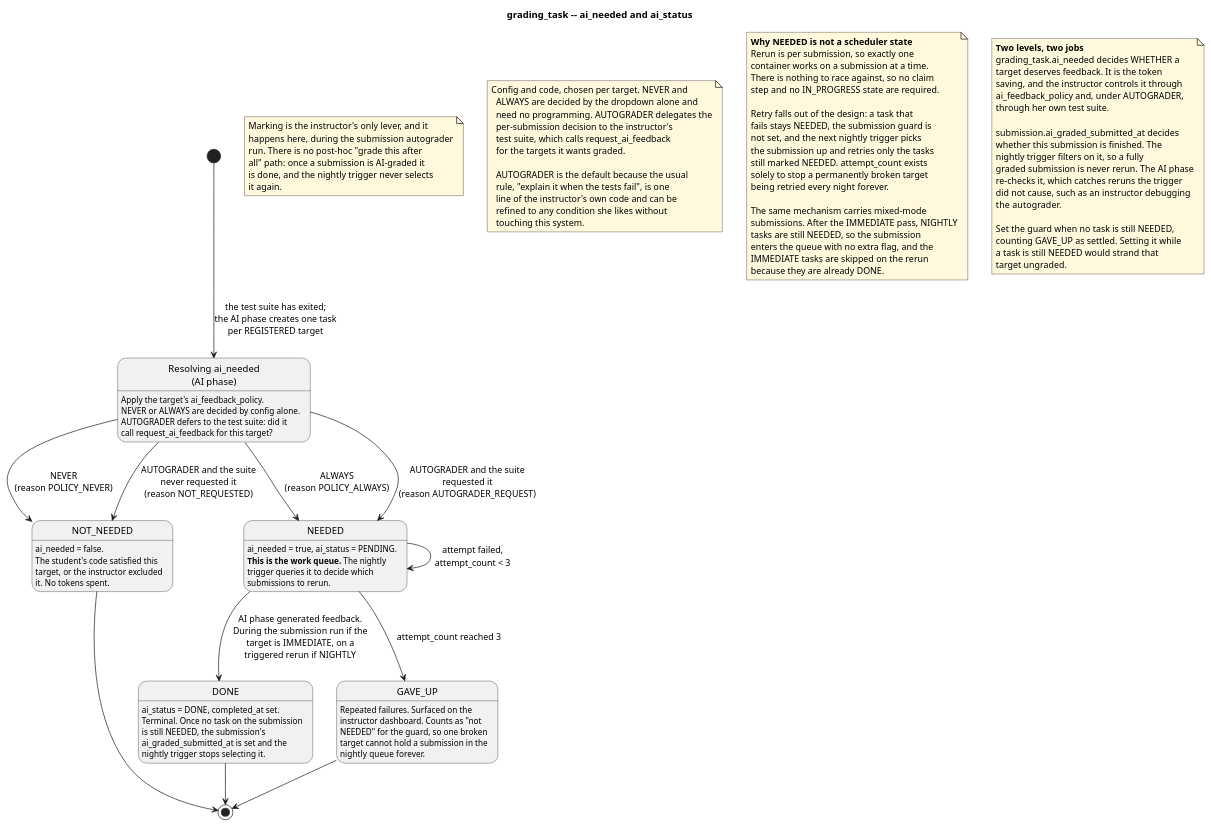
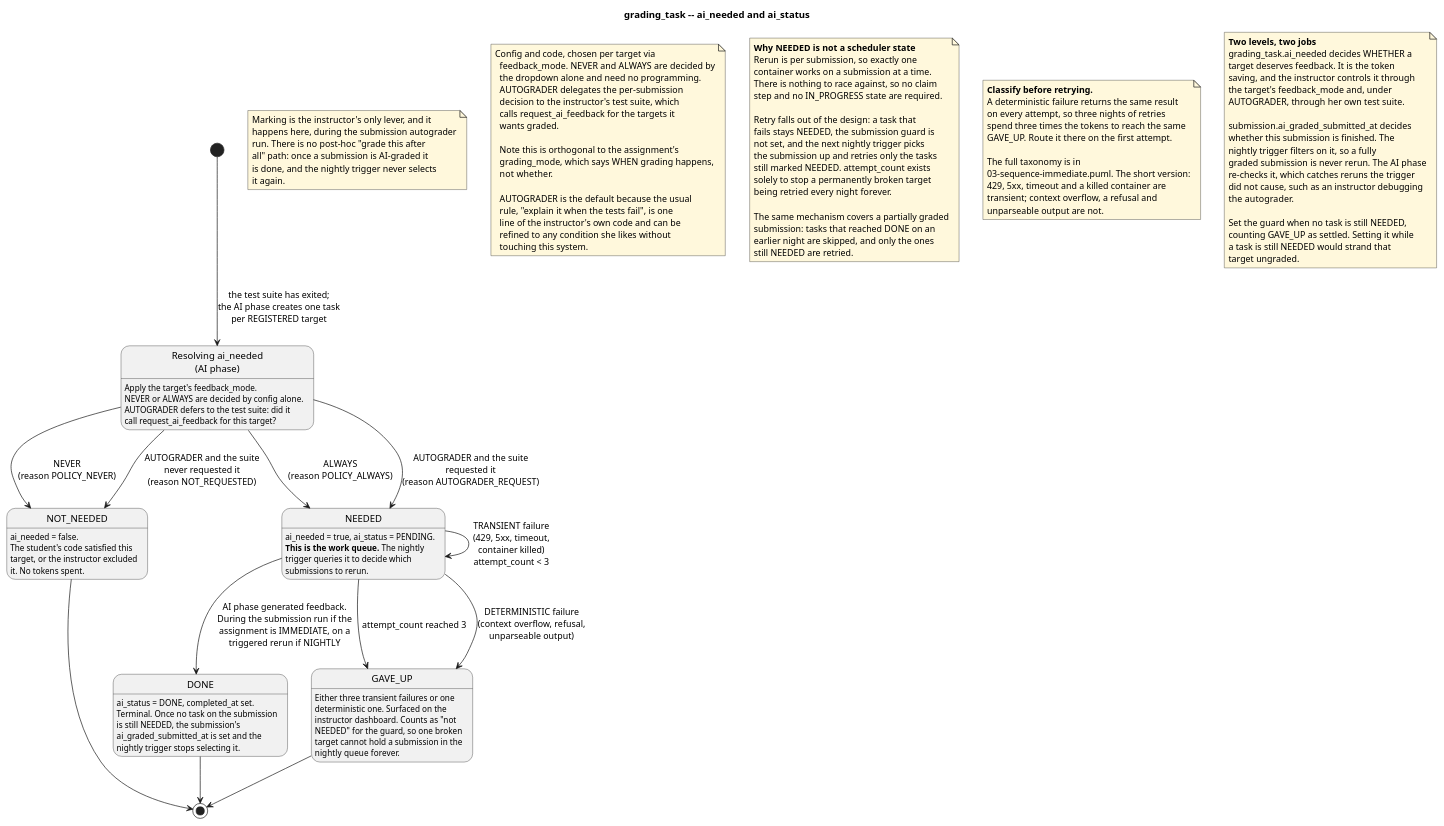
The diagram in docs/architecture/06-grading-task-state.puml (AI-Assisted-Autograder/ai-assisted-autograder), drawn with PlantUML before and after one commit. The commit also changed 8 other files, not shown here.

```diff
--- a/docs/architecture/06-grading-task-state.puml
+++ b/docs/architecture/06-grading-task-state.puml
@@ -1,133 +1,152 @@
 @startuml 06-grading-task-state
 ' =====================================================================
 ' grading_task lifecycle
 ' Traces to: FR-18, FR-29, FR-30, FR-42, NFR-6
 '
 ' One row per (submission, grading target). Two fields:
 '   ai_needed  -- does this target need AI feedback at all
 '   ai_status  -- has that feedback been produced
 '
 ' ai_needed is the important one. It is set by the submission
 ' autograder after functional testing, under instructor control, and it
 ' is what stops the system spending tokens explaining correct code.
 ' =====================================================================
 
 title grading_task -- ai_needed and ai_status
 
 skinparam shadowing false
 skinparam defaultFontName Helvetica
 
 state "Resolving ai_needed\n(AI phase)" as Marking
 
 [*] --> Marking : the test suite has exited;\nthe AI phase creates one task\nper REGISTERED target
 
-Marking : Apply the target's ai_feedback_policy.
+Marking : Apply the target's feedback_mode.
 Marking : NEVER or ALWAYS are decided by config alone.
 Marking : AUTOGRADER defers to the test suite: did it
 Marking : call request_ai_feedback for this target?
 
 Marking --> NOT_NEEDED : NEVER\n(reason POLICY_NEVER)
 Marking --> NOT_NEEDED : AUTOGRADER and the suite\nnever requested it\n(reason NOT_REQUESTED)
 Marking --> NEEDED : ALWAYS\n(reason POLICY_ALWAYS)
 Marking --> NEEDED : AUTOGRADER and the suite\nrequested it\n(reason AUTOGRADER_REQUEST)
 
 note as N_NN #FFF8DC
   Marking is the instructor's only lever, and it
   happens here, during the submission autograder
   run. There is no post-hoc "grade this after
   all" path: once a submission is AI-graded it
   is done, and the nightly trigger never selects
   it again.
 end note
 
 NOT_NEEDED : ai_needed = false.
 NOT_NEEDED : The student's code satisfied this
 NOT_NEEDED : target, or the instructor excluded
 NOT_NEEDED : it. No tokens spent.
 
 NEEDED : ai_needed = true, ai_status = PENDING.
 NEEDED : **This is the work queue.** The nightly
 NEEDED : trigger queries it to decide which
 NEEDED : submissions to rerun.
 
-NEEDED --> DONE : AI phase generated feedback.\nDuring the submission run if the\ntarget is IMMEDIATE, on a\ntriggered rerun if NIGHTLY
-NEEDED --> NEEDED : attempt failed,\nattempt_count < 3
+NEEDED --> DONE : AI phase generated feedback.\nDuring the submission run if the\nassignment is IMMEDIATE, on a\ntriggered rerun if NIGHTLY
+NEEDED --> NEEDED : TRANSIENT failure\n(429, 5xx, timeout,\ncontainer killed)\nattempt_count < 3
 NEEDED --> GAVE_UP : attempt_count reached 3
+NEEDED --> GAVE_UP : DETERMINISTIC failure\n(context overflow, refusal,\nunparseable output)
 
 DONE : ai_status = DONE, completed_at set.
 DONE : Terminal. Once no task on the submission
 DONE : is still NEEDED, the submission's
 DONE : ai_graded_submitted_at is set and the
 DONE : nightly trigger stops selecting it.
 
-GAVE_UP : Repeated failures. Surfaced on the
+GAVE_UP : Either three transient failures or one
+GAVE_UP : deterministic one. Surfaced on the
 GAVE_UP : instructor dashboard. Counts as "not
 GAVE_UP : NEEDED" for the guard, so one broken
 GAVE_UP : target cannot hold a submission in the
 GAVE_UP : nightly queue forever.
 
 DONE --> [*]
 NOT_NEEDED --> [*]
 GAVE_UP --> [*]
 
 note as N_MARK #FFF8DC
-Config and code, chosen per target. NEVER and
-  ALWAYS are decided by the dropdown alone and
-  need no programming. AUTOGRADER delegates the
-  per-submission decision to the instructor's
-  test suite, which calls request_ai_feedback
-  for the targets it wants graded.
+Config and code, chosen per target via
+  feedback_mode. NEVER and ALWAYS are decided by
+  the dropdown alone and need no programming.
+  AUTOGRADER delegates the per-submission
+  decision to the instructor's test suite, which
+  calls request_ai_feedback for the targets it
+  wants graded.
+
+  Note this is orthogonal to the assignment's
+  grading_mode, which says WHEN grading happens,
+  not whether.
 
   AUTOGRADER is the default because the usual
   rule, "explain it when the tests fail", is one
   line of the instructor's own code and can be
   refined to any condition she likes without
   touching this system.
 end note
 
 note as N1 #FFF8DC
   **Why NEEDED is not a scheduler state**
   Rerun is per submission, so exactly one
   container works on a submission at a time.
   There is nothing to race against, so no claim
   step and no IN_PROGRESS state are required.
 
   Retry falls out of the design: a task that
   fails stays NEEDED, the submission guard is
   not set, and the next nightly trigger picks
   the submission up and retries only the tasks
   still marked NEEDED. attempt_count exists
   solely to stop a permanently broken target
   being retried every night forever.
 
-  The same mechanism carries mixed-mode
-  submissions. After the IMMEDIATE pass, NIGHTLY
-  tasks are still NEEDED, so the submission
-  enters the queue with no extra flag, and the
-  IMMEDIATE tasks are skipped on the rerun
-  because they are already DONE.
+  The same mechanism covers a partially graded
+  submission: tasks that reached DONE on an
+  earlier night are skipped, and only the ones
+  still NEEDED are retried.
+end note
+
+note as N_CLASS #FFF8DC
+  **Classify before retrying.**
+  A deterministic failure returns the same result
+  on every attempt, so three nights of retries
+  spend three times the tokens to reach the same
+  GAVE_UP. Route it there on the first attempt.
+
+  The full taxonomy is in
+  03-sequence-immediate.puml. The short version:
+  429, 5xx, timeout and a killed container are
+  transient; context overflow, a refusal and
+  unparseable output are not.
 end note
 
 note as N2 #FFF8DC
   **Two levels, two jobs**
   grading_task.ai_needed decides WHETHER a
   target deserves feedback. It is the token
   saving, and the instructor controls it through
-  ai_feedback_policy and, under AUTOGRADER,
-  through her own test suite.
+  the target's feedback_mode and, under
+  AUTOGRADER, through her own test suite.
 
   submission.ai_graded_submitted_at decides
   whether this submission is finished. The
   nightly trigger filters on it, so a fully
   graded submission is never rerun. The AI phase
   re-checks it, which catches reruns the trigger
   did not cause, such as an instructor debugging
   the autograder.
 
   Set the guard when no task is still NEEDED,
   counting GAVE_UP as settled. Setting it while
   a task is still NEEDED would strand that
   target ungraded.
 end note
 
 @enduml
```
